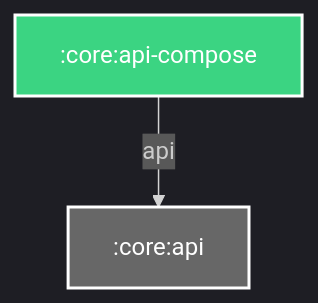
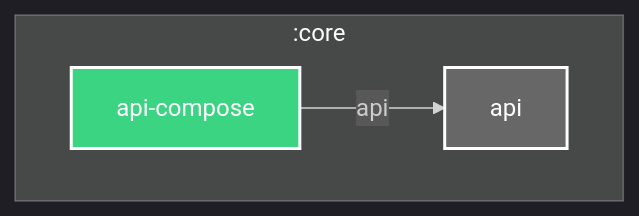
The diagram in core/api-compose/README.md (Dussim/cv-app), drawn with Mermaid before and after one commit. The commit also changed 24 other files, not shown here.

Commit message:
Update READMEs with module hierarchy graphs, refactor Gradle configurations, and bump dependencies

````diff
--- a/core/api-compose/README.md
+++ b/core/api-compose/README.md
@@ -3,16 +3,21 @@
 ```mermaid
 %%{
   init: {
     'theme': 'dark'
   }
 }%%
 
 graph TB
+  subgraph :core
+    :core:api-compose["api-compose"]
+    :core:api["api"]
+  end
+
   :core:api-compose -- api --> :core:api
 
 classDef android-library fill:#3BD482,stroke:#fff,stroke-width:2px,color:#fff;
 classDef unknown fill:#676767,stroke:#fff,stroke-width:2px,color:#fff;
 class :core:api-compose android-library
 class :core:api unknown
 
 ```
````
